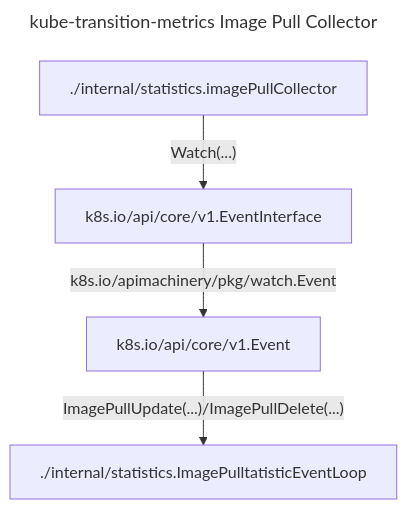
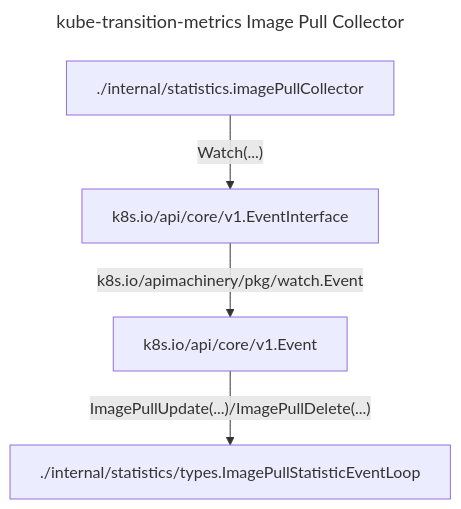
The third of 6 diagrams in doc/ARCHITECTURE.md (backmarket-oss/kube-transition-metrics), drawn with Mermaid before and after one commit. The commit also changed other lines of this file and 8 other files, not shown here.

````diff
--- a/doc/ARCHITECTURE.md
+++ b/doc/ARCHITECTURE.md
@@ -103,15 +105,15 @@
 ```mermaid
 ---
 title: "kube-transition-metrics Image Pull Collector"
 ---
 flowchart TD
     imagePullCollector["./internal/statistics.imagePullCollector"]
     EventsWatch["k8s.io/api/core/v1.EventInterface"]
     Event["k8s.io/api/core/v1.Event"]
-    ImagePullStatisticEventLoop["./internal/statistics.ImagePulltatisticEventLoop"]
+    ImagePullStatisticEventLoop["./internal/statistics/types.ImagePullStatisticEventLoop"]
 
     imagePullCollector
         -->|"Watch(...)"| EventsWatch
         -->|"k8s.io/apimachinery/pkg/watch.Event"| Event
         -->|"ImagePullUpdate(...)/ImagePullDelete(...)"| ImagePullStatisticEventLoop
 ```
````
